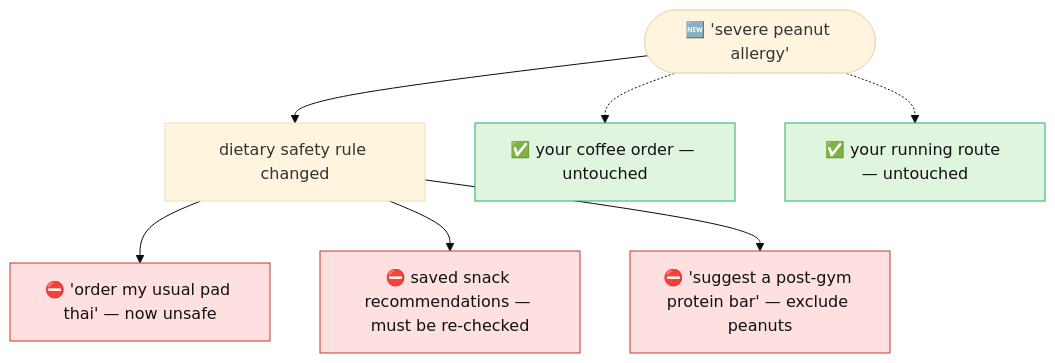
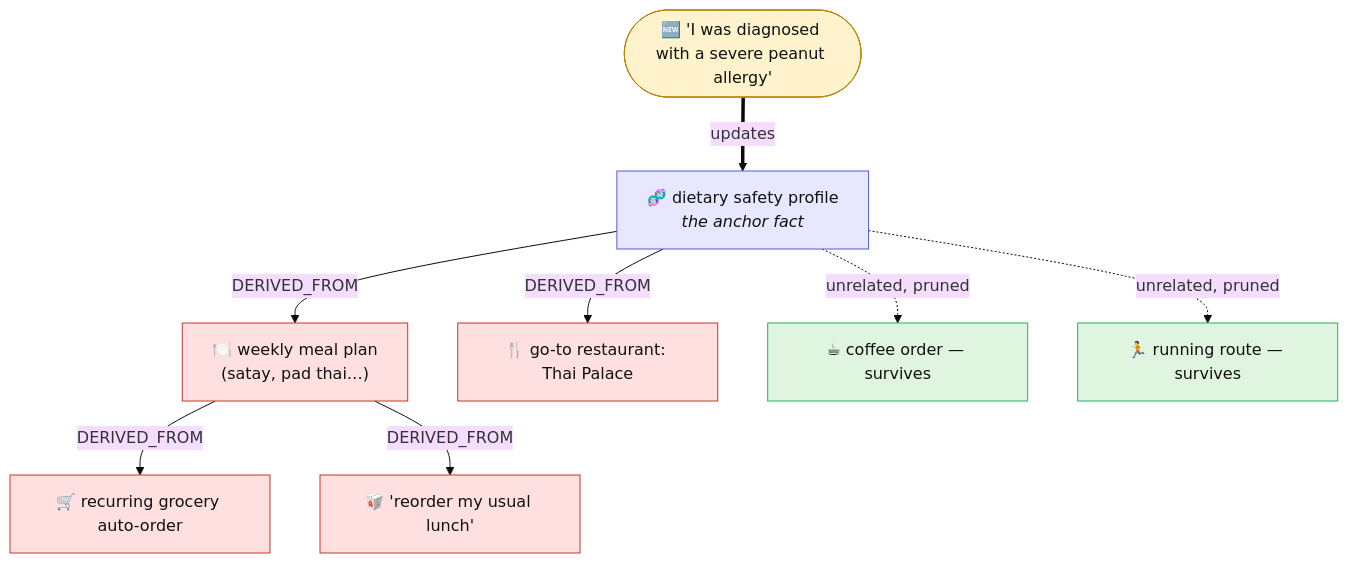
The diagram in README.md (rdarshan10/GEM), drawn with Mermaid (base theme) before and after one commit. The commit also changed other lines of this file, not shown here.

Commit message:
Docs: richer example graph — multi-hop cascade + typed edges + the flat-memory blind spot it beats

````diff
--- a/README.md
+++ b/README.md
@@ -25,13 +25,18 @@
 ```mermaid
 flowchart TD
-    T(["🆕 'severe peanut allergy'"]) --> S["dietary safety rule changed"]
-    S --> R1["⛔ 'order my usual pad thai' — now unsafe"]
-    S --> R2["⛔ saved snack recommendations — must be re-checked"]
-    S --> R3["⛔ 'suggest a post-gym protein bar' — exclude peanuts"]
-    T -.-> U1["✅ your coffee order — untouched"]
-    T -.-> U2["✅ your running route — untouched"]
+    T(["🆕 'I was diagnosed with a severe peanut allergy'"]):::trig
+    T ==>|updates| A["🧬 dietary safety profile<br/><i>the anchor fact</i>"]:::anchor
+
+    A -->|DERIVED_FROM| M["🍽️ weekly meal plan<br/>(satay, pad thai…)"]:::stale
+    A -->|DERIVED_FROM| R["🍴 go-to restaurant: Thai Palace"]:::stale
+    M -->|DERIVED_FROM| G["🛒 recurring grocery auto-order"]:::stale
+    M -->|DERIVED_FROM| L["🥡 'reorder my usual lunch'"]:::stale
+
+    A -. unrelated, pruned .-> K1["☕ coffee order — survives"]:::keep
+    A -. unrelated, pruned .-> K2["🏃 running route — survives"]:::keep
+
+    classDef trig fill:#fff3cd,stroke:#b8860b,color:#111;
+    classDef anchor fill:#e7e7ff,stroke:#5b5bd6,color:#111;
     classDef stale fill:#ffe0e0,stroke:#c0392b,color:#111;
     classDef keep fill:#e0f5e0,stroke:#27ae60,color:#111;
-    class R1,R2,R3 stale
-    class U1,U2 keep
 ```
````
